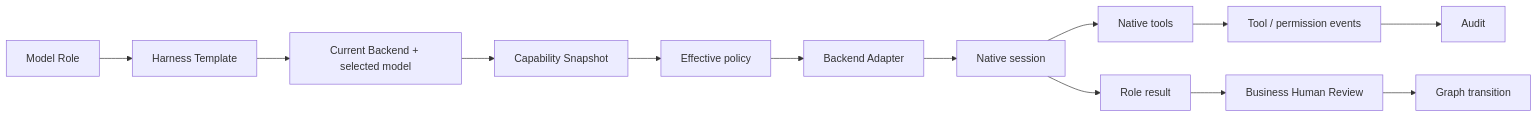
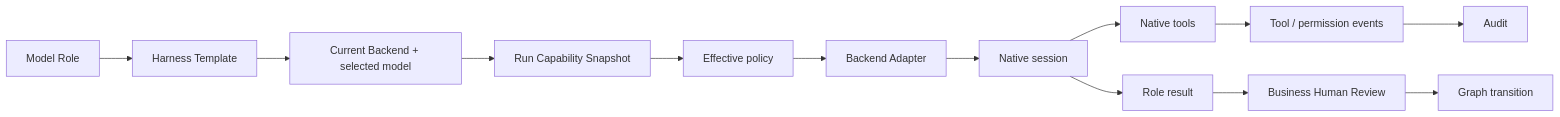
The fourth of 8 diagrams in docs/development/role-execution-architecture.md (Fredericzhou/ogsystem), drawn with Mermaid before and after one commit. The commit also changed other lines of this file and 1 other file, not shown here.

Commit message:
docs: finalize OGS contract set v2 architecture

````diff
--- a/docs/development/role-execution-architecture.md
+++ b/docs/development/role-execution-architecture.md
@@ -797,15 +1172,15 @@
 ```mermaid
 flowchart LR
     A["Model Role"] --> B["Harness Template"]
     B --> C["Current Backend + selected model"]
-    C --> D["Capability Snapshot"]
+    C --> D["Run Capability Snapshot"]
     D --> E["Effective policy"]
     E --> F["Backend Adapter"]
     F --> G["Native session"]
     G --> H["Native tools"]
     H --> I["Tool / permission events"]
     I --> J["Audit"]
     G --> K["Role result"]
     K --> L["Business Human Review"]
     L --> M["Graph transition"]
 ```
````
